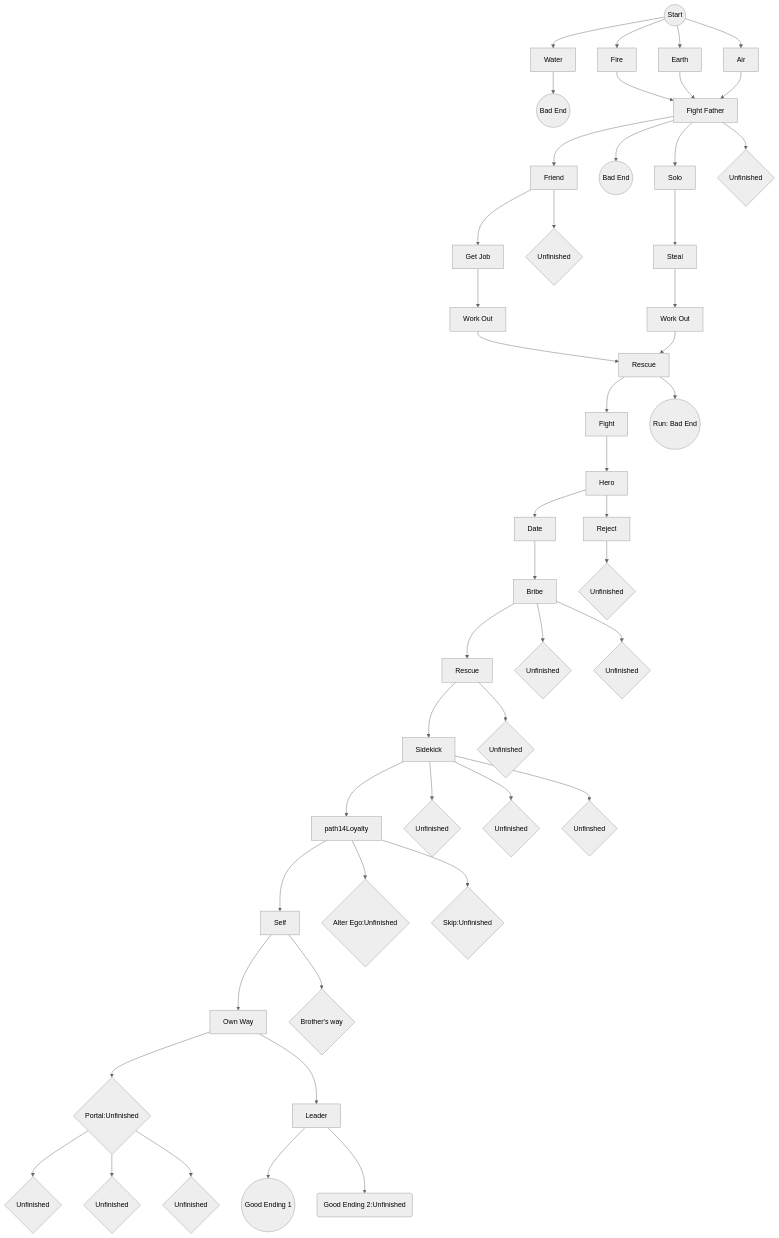
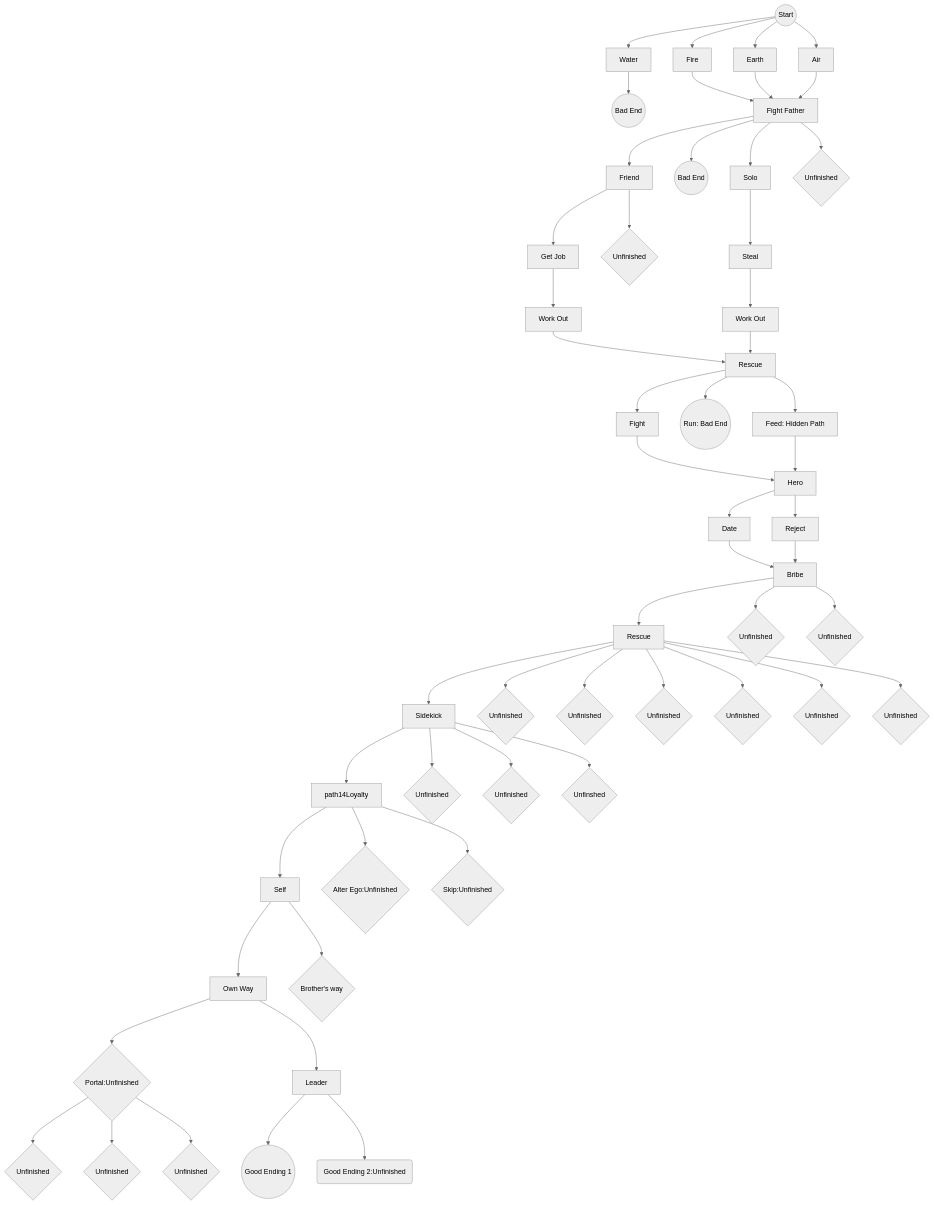
The diagram in StoryFlowChart.md (Tsuru4/TypeScriptAdventure), drawn with Mermaid (neutral theme) before and after one commit. The commit also changed other lines of this file and 11 other files, not shown here.

````diff
--- a/StoryFlowChart.md
+++ b/StoryFlowChart.md
@@ -1,63 +2,71 @@
 ```mermaid
 flowchart
     path1((Start))
     
     path1 --> path2Water[Water] --> badpath((Bad End))
     path1 --> path2Fire[Fire] --> path3Fight
     path1 --> path2Earth[Earth] --> path3Fight
     path1 --> path2Air[Air] --> path3Fight
     
     path3Fight[Fight Father]
 
     path3Fight --> path4Friend[Friend]
     path3Fight --> path4Brother((Bad End))
     path3Fight --> path4Solo[Solo] --> path5StealSolo[Steal] --> path6TrainDesert[Work Out]
     path3Fight --> path4Home{Unfinished}
 
     path4Friend --> path5Job[Get Job]
     path4Friend --> path5StealFriend{Unfinished}
 
     path5Job --> path6TrainOcean[Work Out]
 
     path6TrainOcean --> path7Rescue[Rescue]
     path6TrainDesert --> path7Rescue
 
     path7Rescue --> path8Fight[Fight]
     path7Rescue --> path8Run((Run: Bad End))
+    path7Rescue --> path8Feed[Feed: Hidden Path]
 
     path8Fight --> path9Hero[Hero]
+    path8Feed --> path9Hero
 
     path9Hero --> path10Date[Date]
     path9Hero --> path10Reject[Reject]
 
-    path10Reject --> unfinishedPath{Unfinished}
+    path10Reject --> path11Bribe
     path10Date --> path11Bribe[Bribe]
 
     path11Bribe --> path12Rescue[Rescue]
     path11Bribe --> path12Arrest{Unfinished}
     path11Bribe --> path12Silence{Unfinished}
 
     path12Rescue[Rescue] --> path13Sidekick[Sidekick]
     path12Rescue --> path13Reject{Unfinished}
+    path12Rescue --> path13TreatVillain{Unfinished}
+    path12Rescue --> path13TreatHero{Unfinished}
+    path12Rescue --> path13TreatAnti{Unfinished}
+    path12Rescue --> path13TreatScientist{Unfinished}
+    path12Rescue --> path13TreatGirl{Unfinished}
+
 
     path13Sidekick --> path14Loyalty
     path13Sidekick --> path14Girl3{Unfinished}
     path13Sidekick --> path14Girl4{Unfinished}
     path13Sidekick --> path14All{Unfinshed}
 
     path14Loyalty --> path15Self[Self]
     path14Loyalty --> path15Hero{Alter Ego:Unfinished}
     path14Loyalty --> path15Skip{Skip:Unfinished}
 
     path15Self --> path16Hero[Own Way]
     path15Self --> path16Cooperate{Brother's way}
 
     path16Hero --> path17Portal{Portal:Unfinished}
     path16Hero --> path17Leader[Leader]
 
     path17Portal --> path18Reopen{Unfinished}
     path17Portal --> path18Run{Unfinished}
     path17Portal --> path18Close{Unfinished}
     path17Leader --> path18Victory((Good Ending 1))
     path17Leader --> path18Mercy(Good Ending 2:Unfinished)
 ```
````
